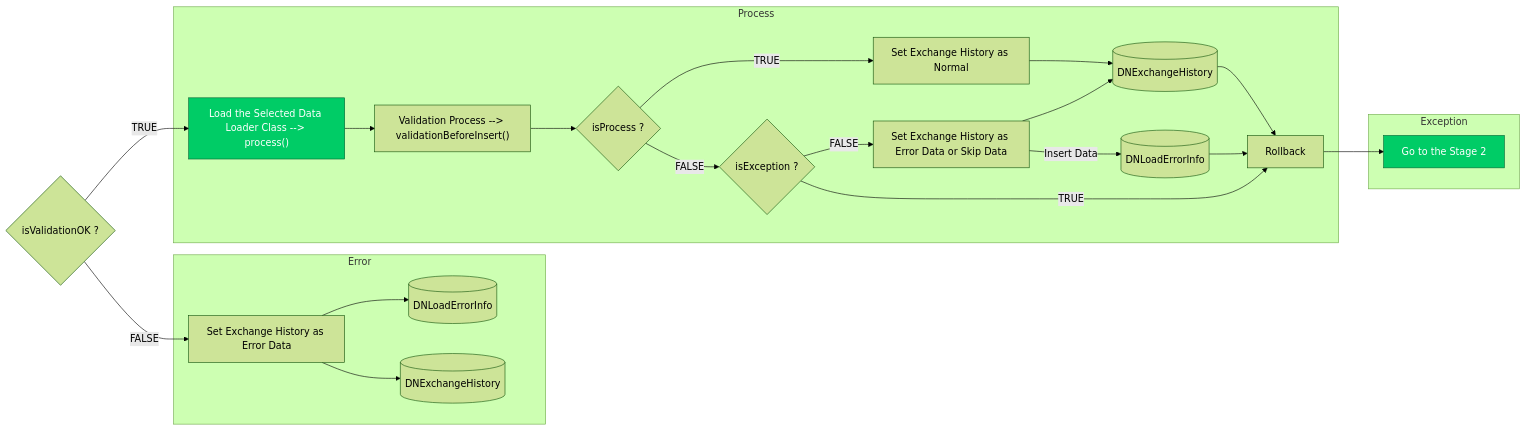
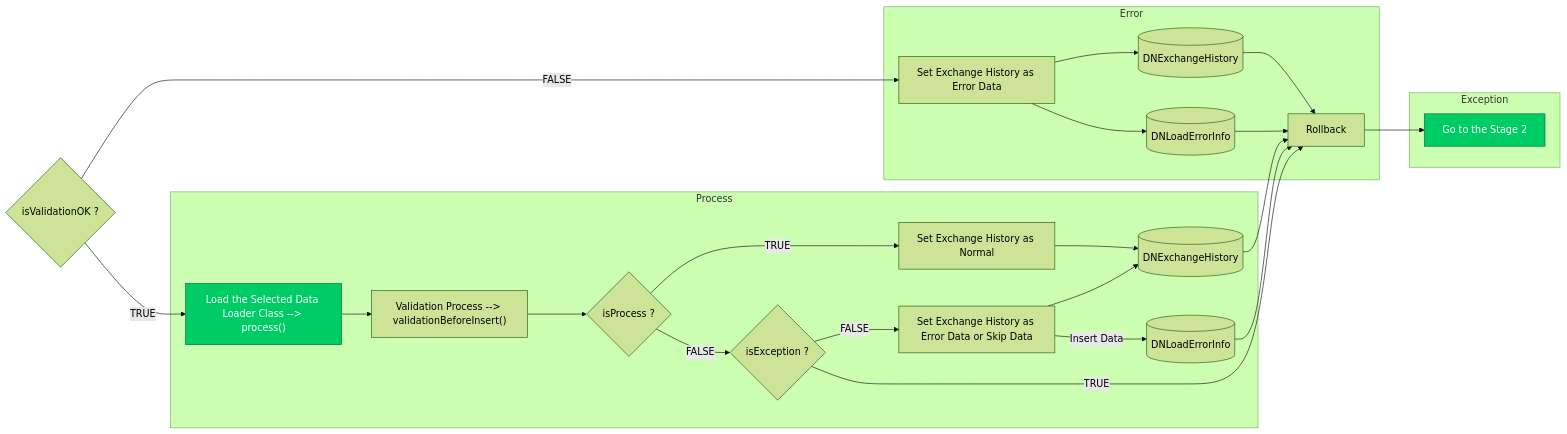
The ninth of 9 diagrams in Basic-Design/Host-Interfaces/Receive-Method.md (luthfiadityaa/SimeDarby-Wiki), drawn with Mermaid (forest theme) before and after one commit.

Commit message:
Updated Receive Method

```diff
--- a/Basic-Design/Host-Interfaces/Receive-Method.md
+++ b/Basic-Design/Host-Interfaces/Receive-Method.md
@@ -543,42 +543,42 @@
 ::: mermaid
 flowchart LR
 Cond1{"isValidationOK ?"}
 Cond1 --> |TRUE| B2
 Cond1 --> |FALSE| C2
 
 subgraph Error
  C2 --> C3 
  C2 --> C4
- C4[(DNExchangeHistory)]
- C3[(DNLoadErrorInfo)]
+ C4[(DNExchangeHistory)] --> D2
+ C3[(DNLoadErrorInfo)] --> D2
  C2["Set Exchange History as Error Data"] 
 end
 
 subgraph Process
  B2 --> B3 --> Cond2
  Cond2{"isProcess ?"}
  Cond3{"isException ?"}
  B2["Load the Selected Data Loader Class --> process()"]
  B3["Validation Process --> validationBeforeInsert()"]
  B4["Set Exchange History as Error Data or Skip Data"]
  B5["Set Exchange History as Normal"]
  B6[(DNLoadErrorInfo)]
  B7[(DNExchangeHistory)]
  Cond2 --> |TRUE| B5 --> B7 --> D2
  B4 --> B7
  Cond2 --> |FALSE| Cond3
  Cond3 --> |FALSE| B4 --> |Insert Data| B6 --> D2
  Cond3 --> |TRUE| D2
 end 
 
 subgraph Exception
  D2 --> D3 
  D2["Rollback"]
  D3["Go to the Stage 2"] 
 end
 
 click B2 "https://dev.azure.com/Daifuku-SW/ID_SimeDarbyPlantation/_wiki/wikis/ID_SimeDarbyPlantation.wiki/833/Host-Interfaces?anchor=stage-3"
 style B2 fill:#00cc66,stroke:#006633,color:#ffffff
 click D3 "https://dev.azure.com/Daifuku-SW/ID_SimeDarbyPlantation/_wiki/wikis/ID_SimeDarbyPlantation.wiki/833/Host-Interfaces?anchor=stage-2"
 style D3 fill:#00cc66,stroke:#006633,color:#ffffff
 :::
```
